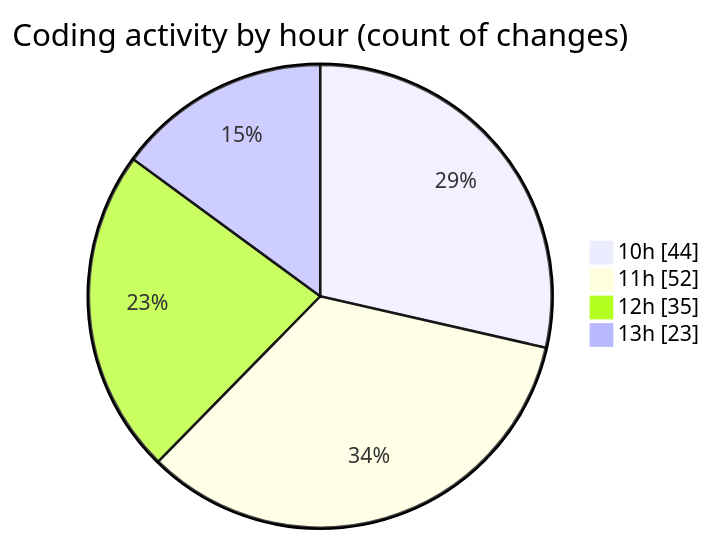
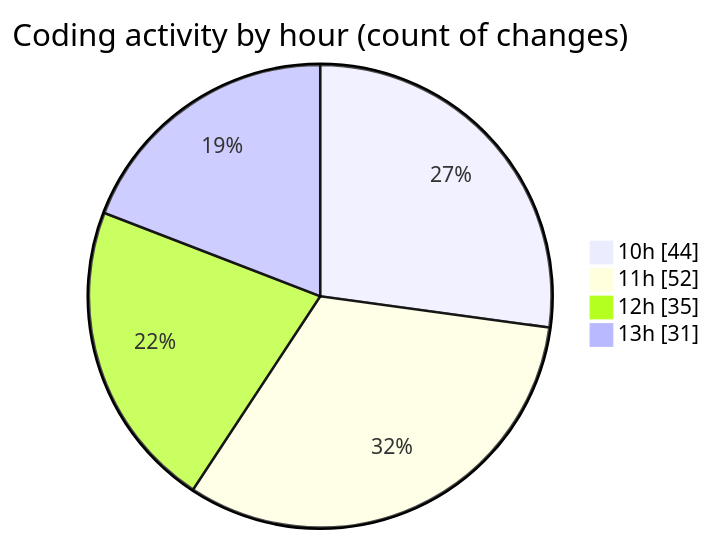
The second of 2 diagrams in 2025-08-28/cda/README.md (momahboobian/code-tracking), drawn with Mermaid before and after one commit. The commit also changed other lines of this file and 1 other file, not shown here.

````diff
--- a/2025-08-28/cda/README.md
+++ b/2025-08-28/cda/README.md
@@ -35,8 +35,8 @@
 ```mermaid
 pie showData
 title Coding activity by hour (count of changes)
 "10h" : 44
 "11h" : 52
 "12h" : 35
-"13h" : 23
+"13h" : 31
 ```
````
